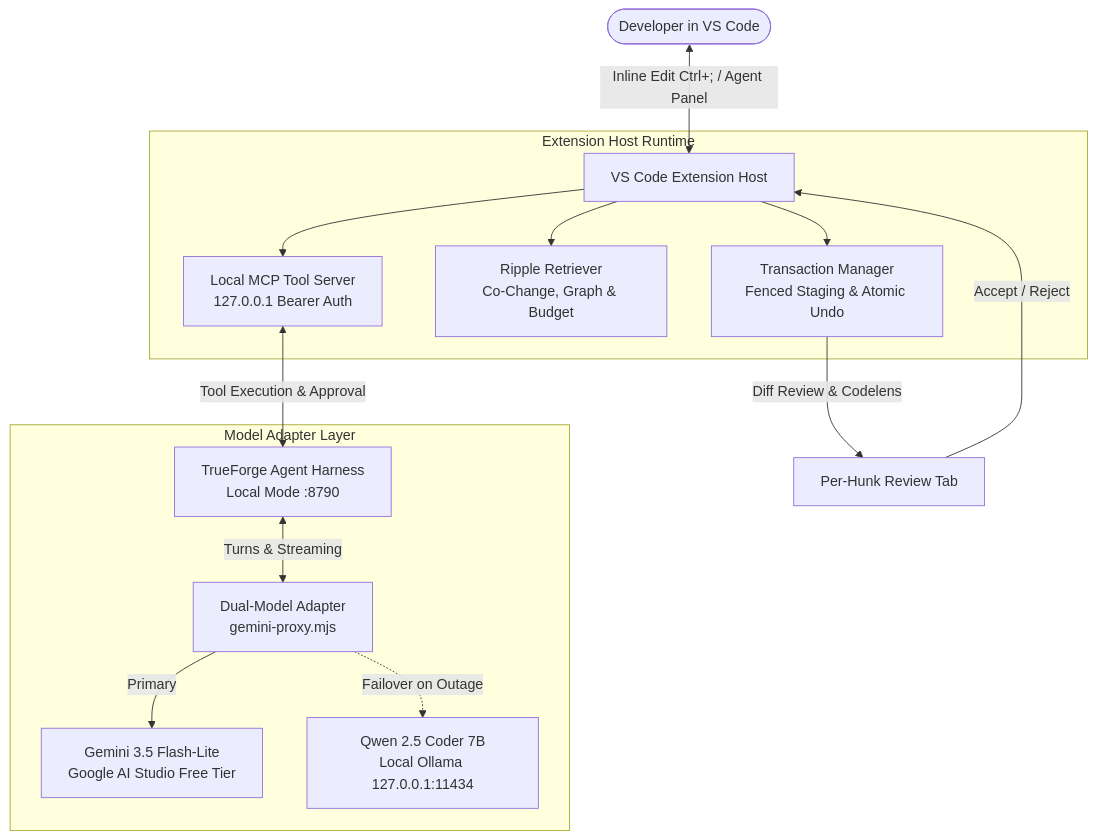
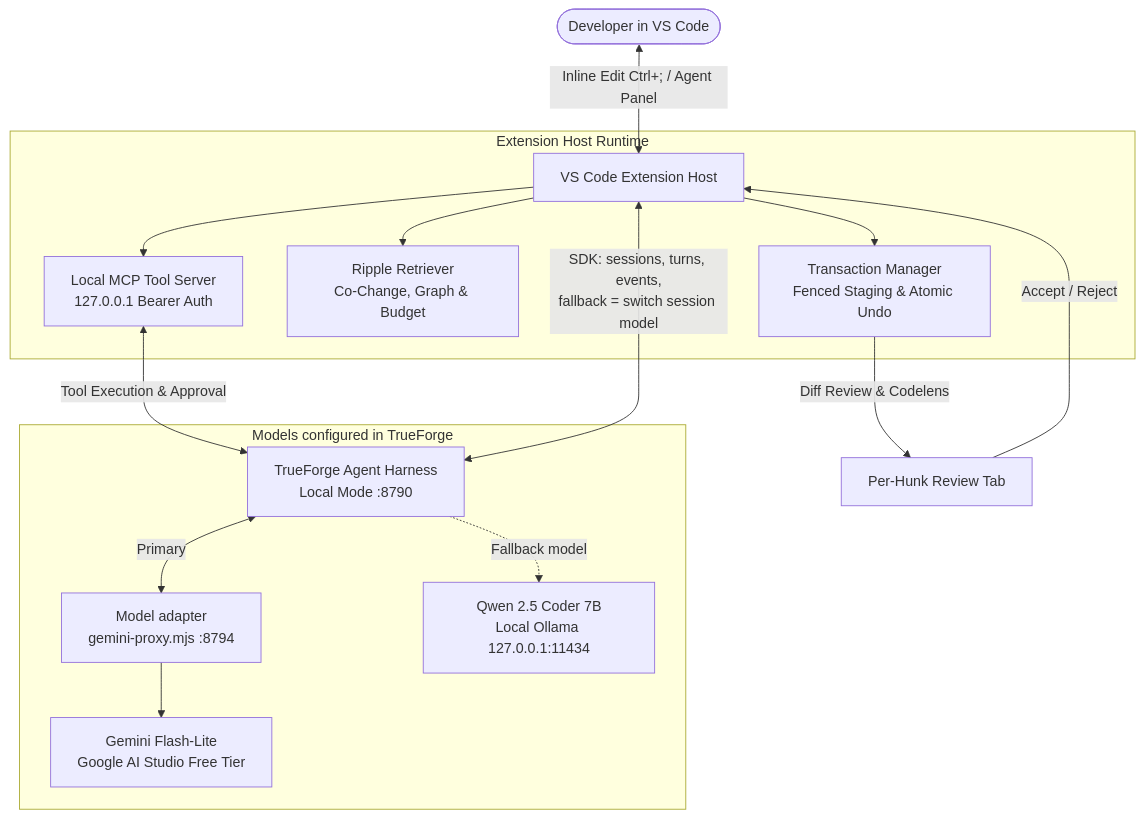
Before and after one commit to Sivaguru-2008/ripple: the diagram in README.md, drawn with Mermaid. The commit also changed other lines of this file and 4 other files, not shown here.

````diff
--- a/README.md
+++ b/README.md
@@ -49,21 +49,22 @@
 ```mermaid
 graph TD
     User([Developer in VS Code]) <-->|Inline Edit Ctrl+; / Agent Panel| Ext[VS Code Extension Host]
     
     subgraph Extension_Plumbing [Extension Host Runtime]
         Ext --> TxMgr[Transaction Manager<br/>Fenced Staging & Atomic Undo]
         Ext --> Retr[Ripple Retriever<br/>Co-Change, Graph & Budget]
         Ext --> MCP[Local MCP Tool Server<br/>127.0.0.1 Bearer Auth]
     end
 
     MCP <-->|Tool Execution & Approval| TF[TrueForge Agent Harness<br/>Local Mode :8790]
-    
-    subgraph Model_Routing [Model Adapter Layer]
-        TF <-->|Turns & Streaming| Adapter[Dual-Model Adapter<br/>gemini-proxy.mjs]
-        Adapter -->|Primary| M1[Gemini 3.5 Flash-Lite<br/>Google AI Studio Free Tier]
-        Adapter -.->|Failover on Outage| M2[Qwen 2.5 Coder 7B<br/>Local Ollama 127.0.0.1:11434]
+    Ext <-->|SDK: sessions, turns, events,<br/>fallback = switch session model| TF
+
+    subgraph Models [Models configured in TrueForge]
+        TF <-->|Primary| Adapter[Model adapter<br/>gemini-proxy.mjs :8794]
+        Adapter --> M1[Gemini Flash-Lite<br/>Google AI Studio Free Tier]
+        TF -.->|Fallback model| M2[Qwen 2.5 Coder 7B<br/>Local Ollama 127.0.0.1:11434]
     end
 
     TxMgr -->|Diff Review & Codelens| Review[Per-Hunk Review Tab]
     Review -->|Accept / Reject| Ext
 ```
````
